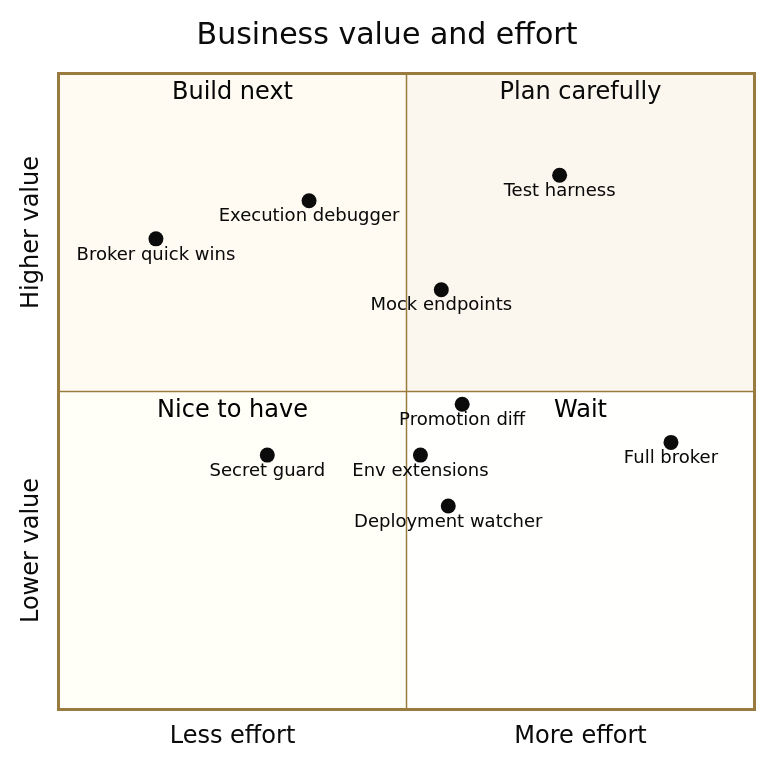
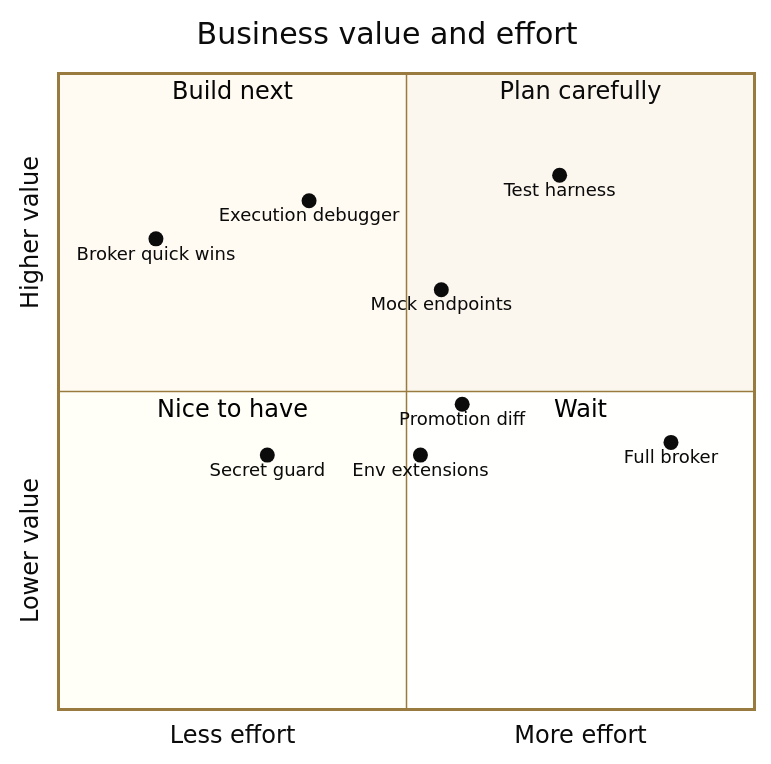
The diagram in IDEAS.md (brianbrinley/ClaudeMods), drawn with Mermaid before and after one commit. The commit also changed other lines of this file and 14 other files, not shown here.

````diff
--- a/IDEAS.md
+++ b/IDEAS.md
@@ -29,20 +31,19 @@
 ```mermaid
 %%{init: {"theme": "base", "fontFamily": "Josefin Sans, trebuchet ms, verdana, arial, sans-serif", "themeVariables": {"fontSize": "15px", "background": "#FBF6EE", "primaryColor": "#FBF6EE", "primaryTextColor": "#0B0B0B", "primaryBorderColor": "#9A7B3F", "lineColor": "#9A7B3F", "textColor": "#0B0B0B", "secondaryColor": "#9FDED6", "tertiaryColor": "#FBE7A1", "edgeLabelBackground": "#FBF6EE", "clusterBkg": "#FBF6EE", "clusterBorder": "#9A7B3F", "actorBkg": "#F7A8C4", "actorBorder": "#C2185B", "actorTextColor": "#0B0B0B", "actorLineColor": "#9A7B3F", "signalColor": "#0B0B0B", "signalTextColor": "#0B0B0B", "labelBoxBkgColor": "#FBE7A1", "labelBoxBorderColor": "#9A7B3F", "labelTextColor": "#0B0B0B", "loopTextColor": "#0B0B0B", "noteBkgColor": "#FBE7A1", "noteBorderColor": "#9A7B3F", "noteTextColor": "#0B0B0B", "activationBkgColor": "#9FDED6", "activationBorderColor": "#0F766E", "sequenceNumberColor": "#FBF6EE"}}}%%
 quadrantChart
     title Business value and effort
     x-axis Less effort --> More effort
     y-axis Lower value --> Higher value
     quadrant-1 Plan carefully
     quadrant-2 Build next
     quadrant-3 Nice to have
     quadrant-4 Wait
     Execution debugger: [0.36, 0.80]
     Broker quick wins: [0.14, 0.74]
     Test harness: [0.72, 0.84]
     Mock endpoints: [0.55, 0.66]
     Secret guard: [0.30, 0.40]
     Promotion diff: [0.58, 0.48]
     Env extensions: [0.52, 0.40]
-    Deployment watcher: [0.56, 0.32]
     Full broker: [0.88, 0.42]
 ```
````
